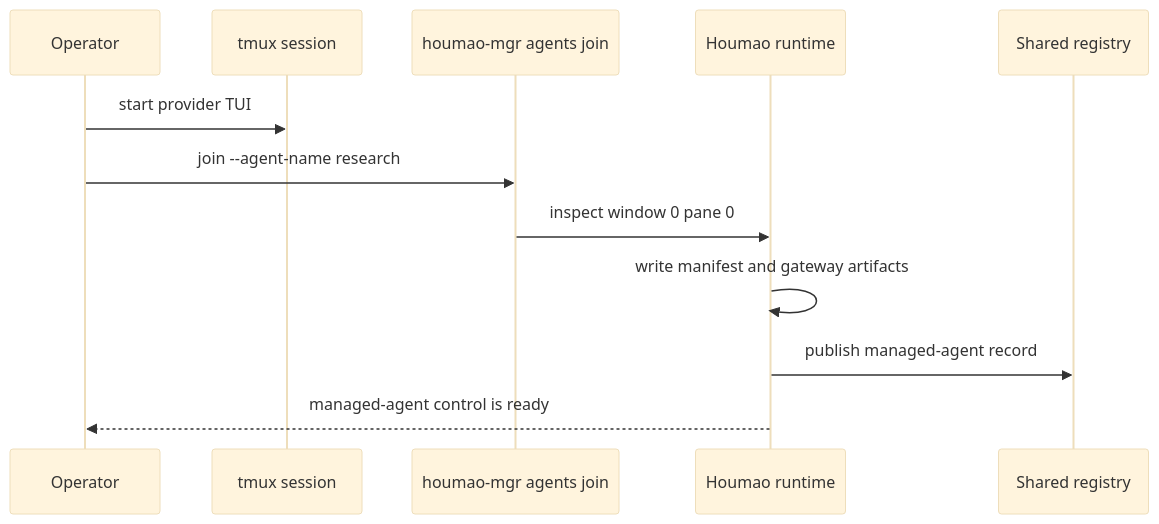
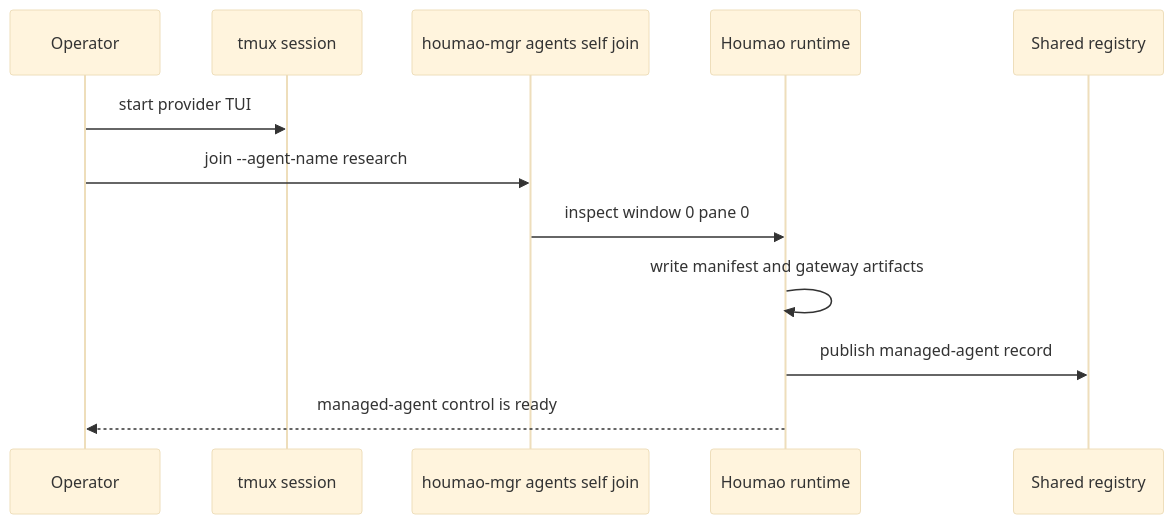
Before and after one commit to igamenovoer/houmao: the diagram in docs/getting-started/quickstart.md, drawn with Mermaid (base theme). The commit also changed other lines of this file and 151 other files, not shown here.

````diff
--- a/docs/getting-started/quickstart.md
+++ b/docs/getting-started/quickstart.md
@@ -43,14 +43,14 @@
 ```mermaid
 sequenceDiagram
     participant Op as Operator
     participant Tmux as tmux session
-    participant CLI as houmao-mgr agents join
+    participant CLI as houmao-mgr agents self join
     participant RT as Houmao runtime
     participant Reg as Shared registry
     Op->>Tmux: start provider TUI
     Op->>CLI: join --agent-name research
     CLI->>RT: inspect window 0 pane 0
     RT->>RT: write manifest and gateway artifacts
     RT->>Reg: publish managed-agent record
     RT-->>Op: managed-agent control is ready
 ```
````
